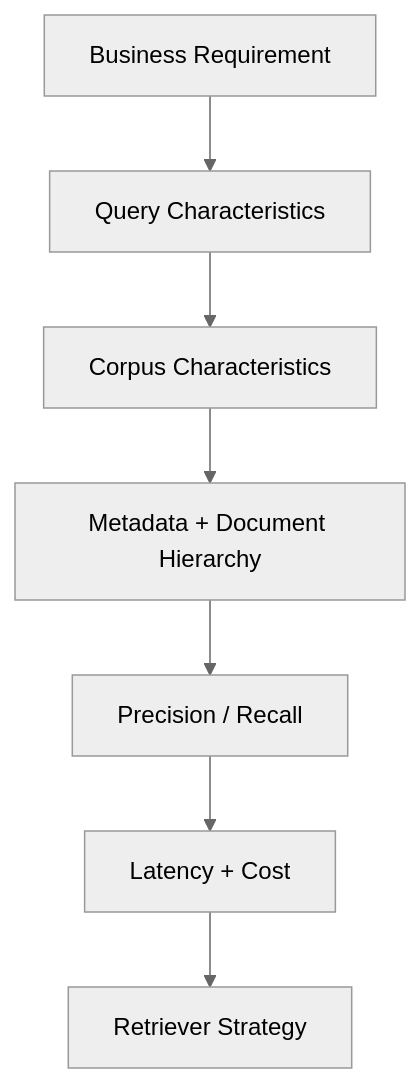
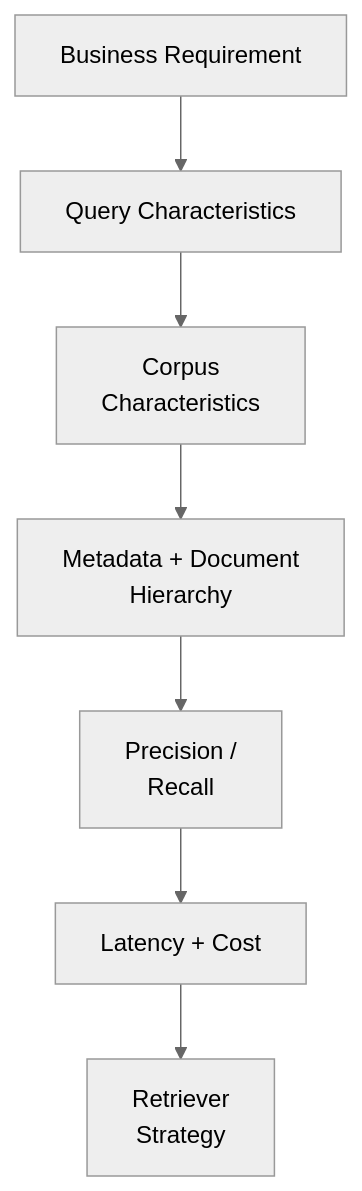
One commit to MihirKJha/enterprise-ai-blog changed the first of 5 diagrams in docs/architecture-insights/genai-and-rag/2.5-architecting-retriever-selection-an-enterprise-decision-framework.md. Above: the diagram before and after it, drawn with Mermaid (neutral theme). The commit also changed other lines of this file and 1 other file, not shown here.

````diff
--- a/docs/architecture-insights/genai-and-rag/2.5-architecting-retriever-selection-an-enterprise-decision-framework.md
+++ b/docs/architecture-insights/genai-and-rag/2.5-architecting-retriever-selection-an-enterprise-decision-framework.md
@@ -129,9 +129,9 @@
 ```mermaid
 graph TD
     A[Business Requirement] --> B[Query Characteristics]
-    B --> C[Corpus Characteristics]
-    C --> D[Metadata + Document Hierarchy]
-    D --> E[Precision / Recall]
+    B --> C[Corpus<br/>Characteristics]
+    C --> D[Metadata + Document<br/>Hierarchy]
+    D --> E[Precision /<br/>Recall]
     E --> F[Latency + Cost]
-    F --> G[Retriever Strategy]
+    F --> G[Retriever<br/>Strategy]
 ```
````
